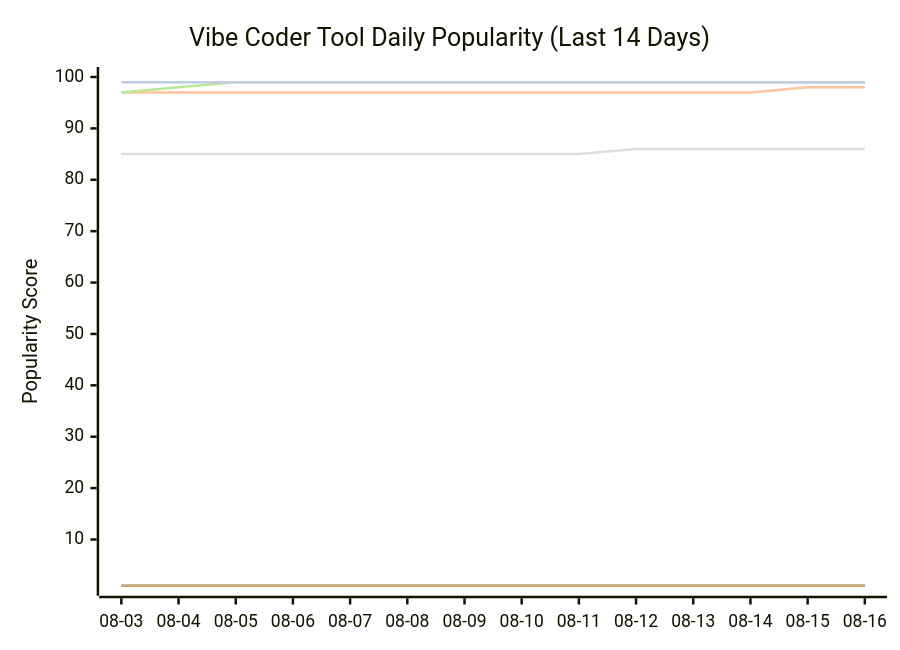
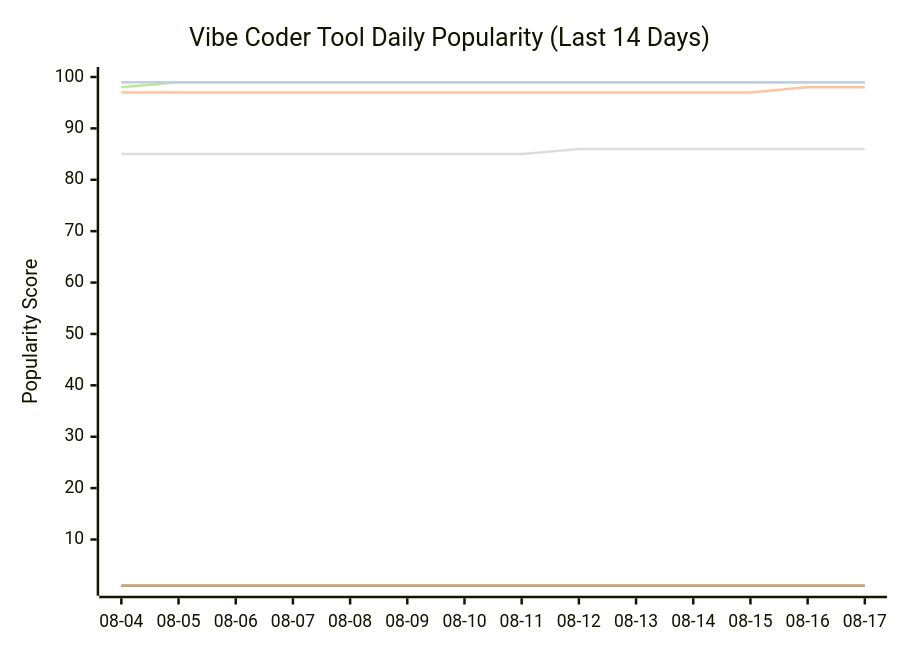
Before and after one commit to tykimos/ai-whatchelin: the seventh of 11 diagrams in README.md, drawn with Mermaid. The commit also changed other lines of this file and 4 other files, not shown here.

````diff
--- a/README.md
+++ b/README.md
@@ -2273,13 +2273,13 @@
 ```mermaid
 xychart-beta
     title "Vibe Coder Tool Daily Popularity (Last 14 Days)"
-    x-axis ["08-03", "08-04", "08-05", "08-06", "08-07", "08-08", "08-09", "08-10", "08-11", "08-12", "08-13", "08-14", "08-15", "08-16"]
+    x-axis ["08-04", "08-05", "08-06", "08-07", "08-08", "08-09", "08-10", "08-11", "08-12", "08-13", "08-14", "08-15", "08-16", "08-17"]
     y-axis "Popularity Score" 1 --> 100
     line "Claude Code" [99, 99, 99, 99, 99, 99, 99, 99, 99, 99, 99, 99, 99, 99]
     line "GH Copilot" [1, 1, 1, 1, 1, 1, 1, 1, 1, 1, 1, 1, 1, 1]
     line "Cursor" [97, 97, 97, 97, 97, 97, 97, 97, 97, 97, 97, 97, 98, 98]
-    line "Windsurf" [85, 85, 85, 85, 85, 85, 85, 85, 85, 86, 86, 86, 86, 86]
-    line "Codex CLI" [97, 98, 99, 99, 99, 99, 99, 99, 99, 99, 99, 99, 99, 99]
+    line "Windsurf" [85, 85, 85, 85, 85, 85, 85, 85, 86, 86, 86, 86, 86, 86]
+    line "Codex CLI" [98, 99, 99, 99, 99, 99, 99, 99, 99, 99, 99, 99, 99, 99]
     line "Gemini CLI" [1, 1, 1, 1, 1, 1, 1, 1, 1, 1, 1, 1, 1, 1]
     line "Antigravity" [99, 99, 99, 99, 99, 99, 99, 99, 99, 99, 99, 99, 99, 99]
 ```
````
